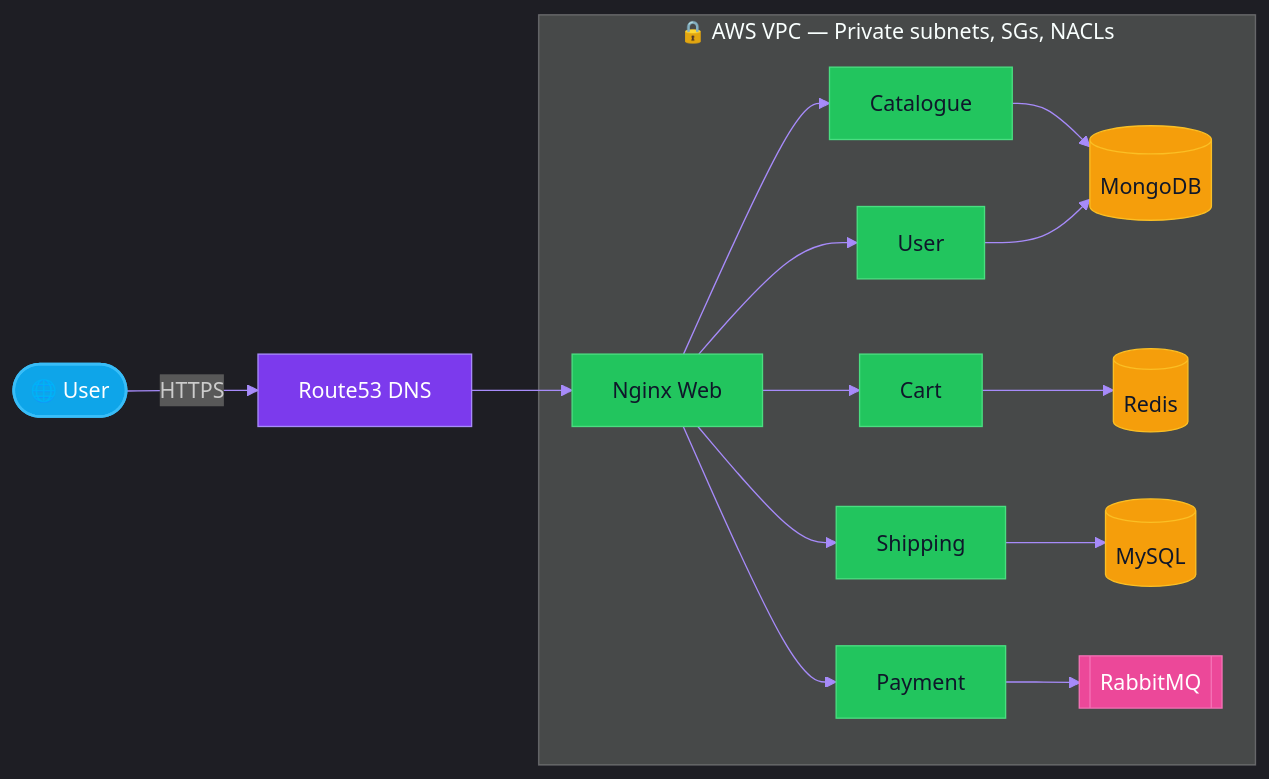
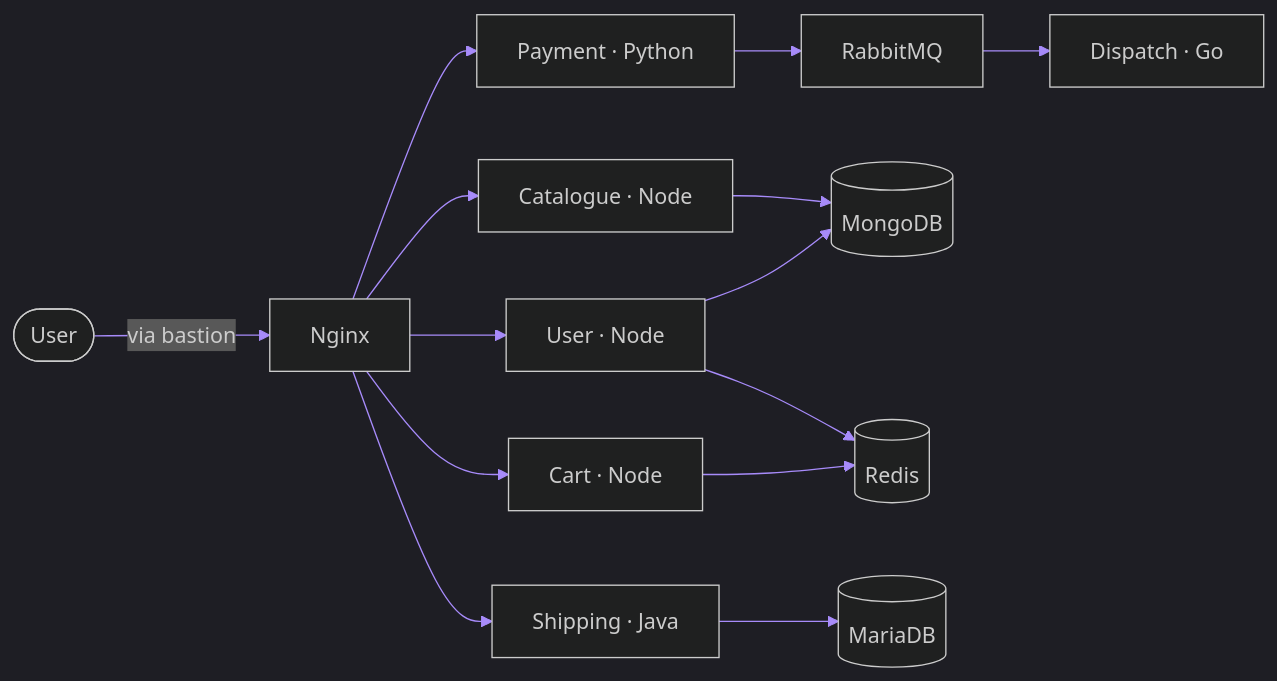
The first of 7 diagrams in README.md (lloredia/lloredia), drawn with Mermaid before and after one commit. The commit also changed other lines of this file, not shown here.

````diff
--- a/README.md
+++ b/README.md
@@ -385,33 +312,17 @@
 ```mermaid
 %%{init: {'theme':'dark','themeVariables':{'primaryColor':'#1E293B','primaryTextColor':'#E2E8F0','primaryBorderColor':'#7C3AED','lineColor':'#A78BFA','fontFamily':'Fira Code'}}}%%
 flowchart LR
-    U(["🌐 User"]):::edge -->|HTTPS| R53["Route53 DNS"]:::dns
-    R53 --> WEB["Nginx Web"]:::svc
-    WEB --> CAT["Catalogue"]:::svc
-    WEB --> CART["Cart"]:::svc
-    WEB --> USR["User"]:::svc
-    WEB --> SHIP["Shipping"]:::svc
-    WEB --> PAY["Payment"]:::svc
-    CAT --> MONGO[("MongoDB")]:::data
+    U(["User"]) -->|via bastion| WEB["Nginx"]
+    WEB --> CAT["Catalogue · Node"]
+    WEB --> CART["Cart · Node"]
+    WEB --> USR["User · Node"]
+    WEB --> SHIP["Shipping · Java"]
+    WEB --> PAY["Payment · Python"]
+    PAY --> RMQ["RabbitMQ"]
+    RMQ --> DIS["Dispatch · Go"]
+    CAT --> MONGO[("MongoDB")]
     USR --> MONGO
-    CART --> REDIS[("Redis")]:::data
-    SHIP --> MYSQL[("MySQL")]:::data
-    PAY --> RMQ[["RabbitMQ"]]:::queue
-    subgraph VPC ["🔒 AWS VPC — Private subnets, SGs, NACLs"]
-      WEB
-      CAT
-      CART
-      USR
-      SHIP
-      PAY
-      MONGO
-      REDIS
-      MYSQL
-      RMQ
-    end
-    classDef edge fill:#0EA5E9,stroke:#38BDF8,color:#fff,stroke-width:2px
-    classDef dns fill:#7C3AED,stroke:#A78BFA,color:#fff
-    classDef svc fill:#22C55E,stroke:#4ADE80,color:#0F172A,stroke-width:1px
-    classDef data fill:#F59E0B,stroke:#FBBF24,color:#0F172A
-    classDef queue fill:#EC4899,stroke:#F472B6,color:#fff
+    USR --> REDIS[("Redis")]
+    CART --> REDIS
+    SHIP --> MYSQL[("MariaDB")]
 ```
````
